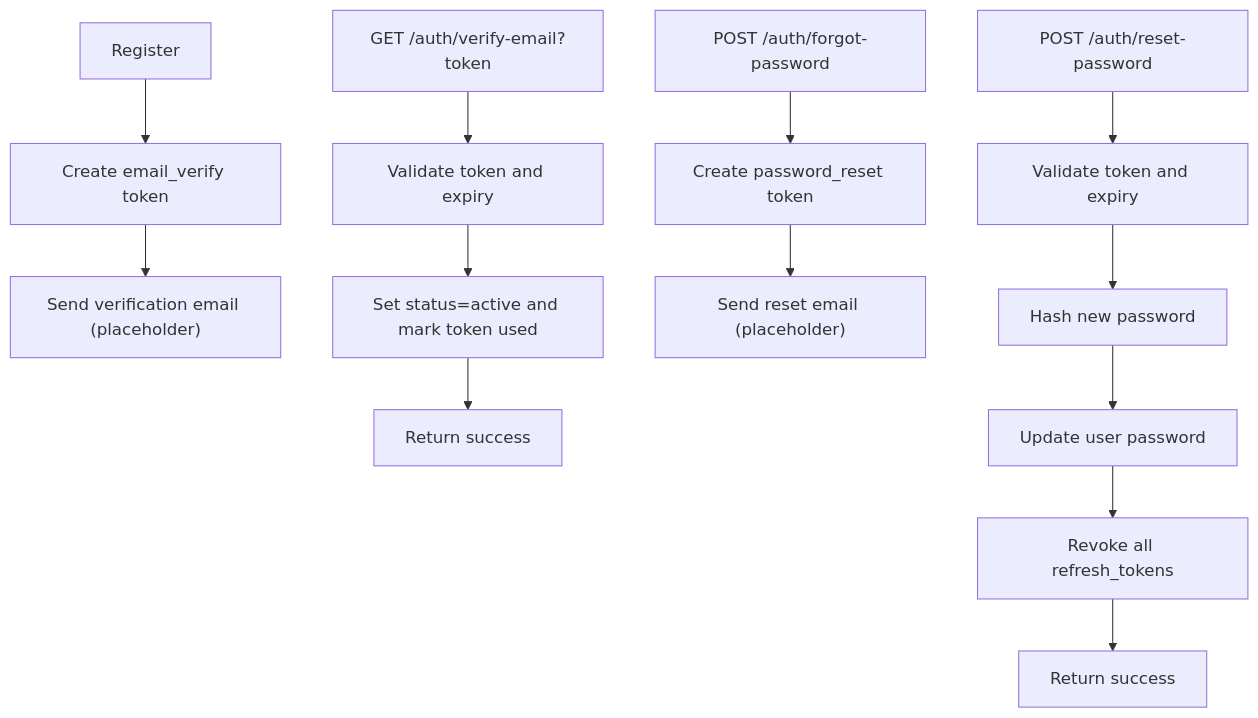
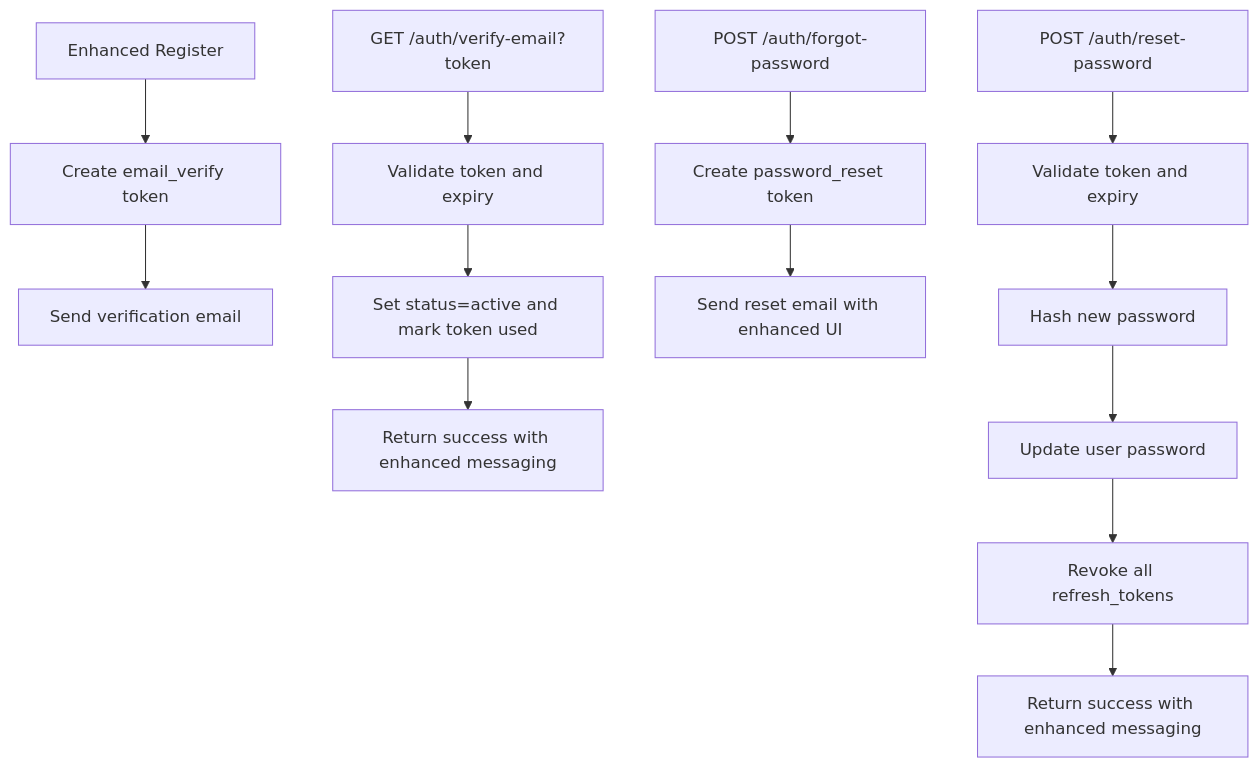
The eighth of 9 diagrams in .qoder/repowiki/en/content/Project Overview/Core Features/User Authentication & Authorization.md (devonxjz/MissLost), drawn with Mermaid before and after one commit. The commit also changed other lines of this file and 12 other files, not shown here.

````diff
--- a/.qoder/repowiki/en/content/Project Overview/Core Features/User Authentication & Authorization.md
+++ b/.qoder/repowiki/en/content/Project Overview/Core Features/User Authentication & Authorization.md
@@ -358,15 +416,15 @@
 ```mermaid
 flowchart TD
-Reg["Register"] --> CreateToken["Create email_verify token"]
-CreateToken --> SendEmail["Send verification email (placeholder)"]
+Reg["Enhanced Register"] --> CreateToken["Create email_verify token"]
+CreateToken --> SendEmail["Send verification email"]
 Verify["GET /auth/verify-email?token"] --> ValidateToken["Validate token and expiry"]
 ValidateToken --> UpdateUser["Set status=active and mark token used"]
-UpdateUser --> Success["Return success"]
+UpdateUser --> Success["Return success with enhanced messaging"]
 Forgot["POST /auth/forgot-password"] --> CreateResetToken["Create password_reset token"]
-CreateResetToken --> SendResetEmail["Send reset email (placeholder)"]
+CreateResetToken --> SendResetEmail["Send reset email with enhanced UI"]
 Reset["POST /auth/reset-password"] --> ValidateResetToken["Validate token and expiry"]
 ValidateResetToken --> HashNew["Hash new password"]
 HashNew --> SaveNew["Update user password"]
 SaveNew --> RevokeRefresh["Revoke all refresh_tokens"]
-RevokeRefresh --> ResetSuccess["Return success"]
+RevokeRefresh --> ResetSuccess["Return success with enhanced messaging"]
 ```
````
